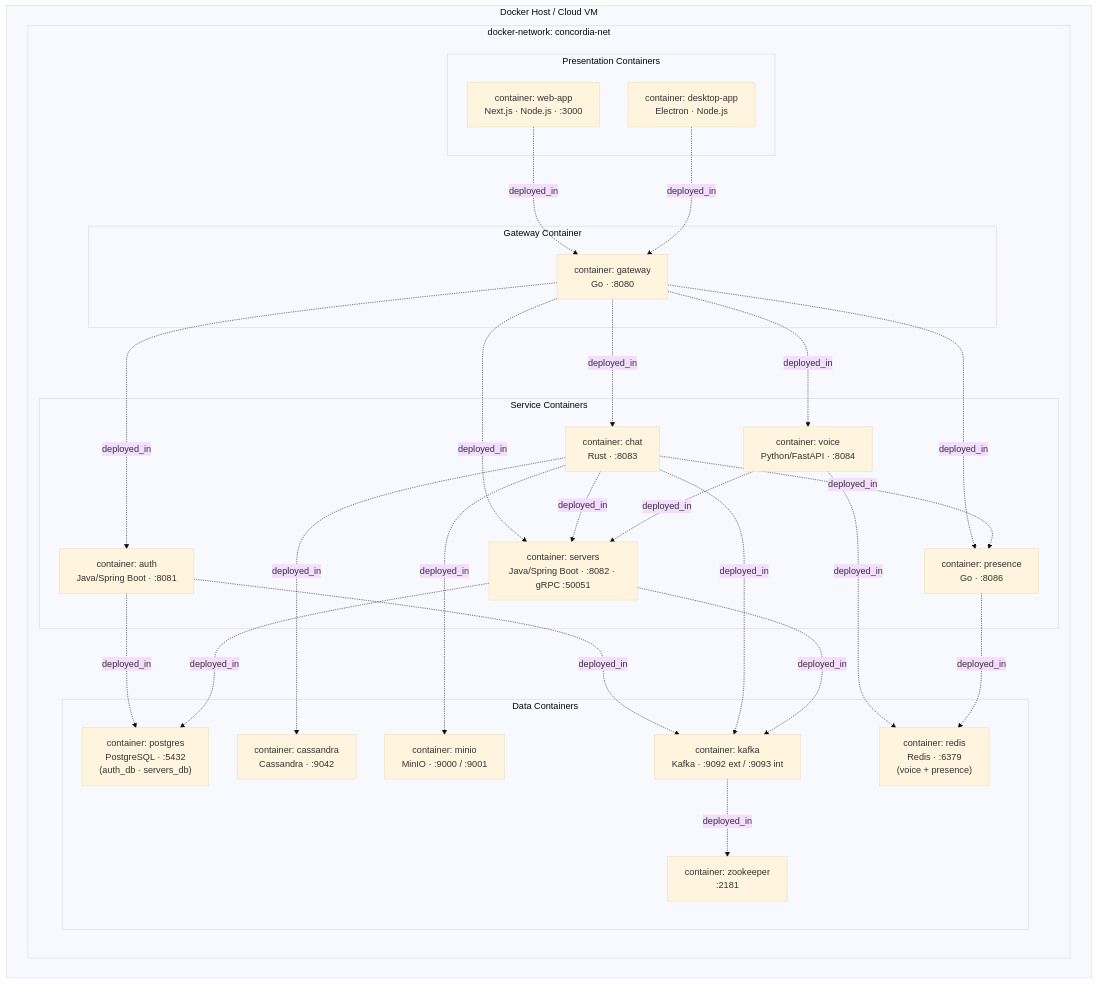
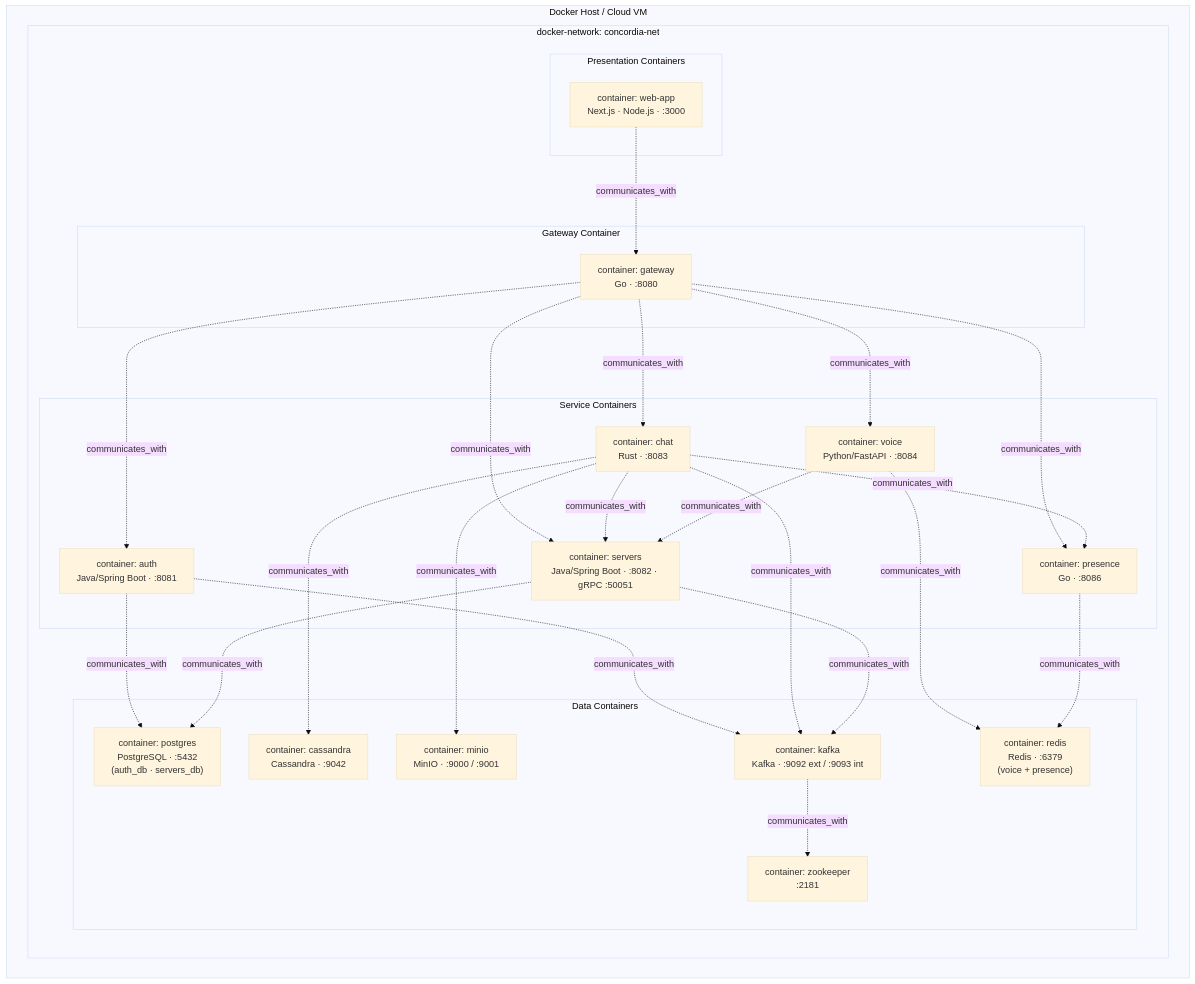
One commit to bashcas/concordia-chat-app changed the second of 4 diagrams in docs/p2_2c.md. Above: the diagram before and after it, drawn with Mermaid (base theme). The commit also changed other lines of this file and 2 other files, not shown here.

Commit message:
chore: put more accurate info

````diff
--- a/docs/p2_2c.md
+++ b/docs/p2_2c.md
@@ -138,54 +138,52 @@
 ```mermaid
 graph TD
     subgraph HOST["Docker Host / Cloud VM"]
         subgraph DOCKER_NET["docker-network: concordia-net"]
 
             subgraph C_PRES["Presentation Containers"]
                 C_WEB["container: web-app\nNext.js · Node.js · :3000"]
-                C_DESKTOP["container: desktop-app\nElectron · Node.js"]
             end
 
             subgraph C_GW["Gateway Container"]
                 C_GW_BOX["container: gateway\nGo · :8080"]
             end
 
             subgraph C_SVCS["Service Containers"]
                 C_AUTH["container: auth\nJava/Spring Boot · :8081"]
                 C_CHAT["container: chat\nRust · :8083"]
                 C_SERVERS["container: servers\nJava/Spring Boot · :8082 · gRPC :50051"]
                 C_VOICE["container: voice\nPython/FastAPI · :8084"]
                 C_PRESENCE["container: presence\nGo · :8086"]
             end
 
             subgraph C_DATA["Data Containers"]
                 C_PG["container: postgres\nPostgreSQL · :5432\n(auth_db · servers_db)"]
                 C_CHATDB["container: cassandra\nCassandra · :9042"]
                 C_REDIS["container: redis\nRedis · :6379\n(voice + presence)"]
                 C_S3["container: minio\nMinIO · :9000 / :9001"]
                 C_KAFKA["container: kafka\nKafka · :9092 ext / :9093 int"]
                 C_ZK["container: zookeeper\n:2181"]
             end
         end
     end
 
-    C_WEB -. "deployed_in" .-> C_GW_BOX
-    C_DESKTOP -. "deployed_in" .-> C_GW_BOX
-    C_GW_BOX -. "deployed_in" .-> C_AUTH
-    C_GW_BOX -. "deployed_in" .-> C_CHAT
-    C_GW_BOX -. "deployed_in" .-> C_SERVERS
-    C_GW_BOX -. "deployed_in" .-> C_VOICE
-    C_GW_BOX -. "deployed_in" .-> C_PRESENCE
-    C_CHAT -. "deployed_in" .-> C_SERVERS
-    C_VOICE -. "deployed_in" .-> C_SERVERS
-    C_CHAT -. "deployed_in" .-> C_PRESENCE
-    C_AUTH -. "deployed_in" .-> C_PG
-    C_SERVERS -. "deployed_in" .-> C_PG
-    C_CHAT -. "deployed_in" .-> C_CHATDB
-    C_CHAT -. "deployed_in" .-> C_S3
-    C_AUTH -. "deployed_in" .-> C_KAFKA
-    C_CHAT -. "deployed_in" .-> C_KAFKA
-    C_SERVERS -. "deployed_in" .-> C_KAFKA
-    C_VOICE -. "deployed_in" .-> C_REDIS
-    C_PRESENCE -. "deployed_in" .-> C_REDIS
-    C_KAFKA -. "deployed_in" .-> C_ZK
+    C_WEB -. "communicates_with" .-> C_GW_BOX
+    C_GW_BOX -. "communicates_with" .-> C_AUTH
+    C_GW_BOX -. "communicates_with" .-> C_CHAT
+    C_GW_BOX -. "communicates_with" .-> C_SERVERS
+    C_GW_BOX -. "communicates_with" .-> C_VOICE
+    C_GW_BOX -. "communicates_with" .-> C_PRESENCE
+    C_CHAT -. "communicates_with" .-> C_SERVERS
+    C_VOICE -. "communicates_with" .-> C_SERVERS
+    C_CHAT -. "communicates_with" .-> C_PRESENCE
+    C_AUTH -. "communicates_with" .-> C_PG
+    C_SERVERS -. "communicates_with" .-> C_PG
+    C_CHAT -. "communicates_with" .-> C_CHATDB
+    C_CHAT -. "communicates_with" .-> C_S3
+    C_AUTH -. "communicates_with" .-> C_KAFKA
+    C_CHAT -. "communicates_with" .-> C_KAFKA
+    C_SERVERS -. "communicates_with" .-> C_KAFKA
+    C_VOICE -. "communicates_with" .-> C_REDIS
+    C_PRESENCE -. "communicates_with" .-> C_REDIS
+    C_KAFKA -. "communicates_with" .-> C_ZK
 ```
````
